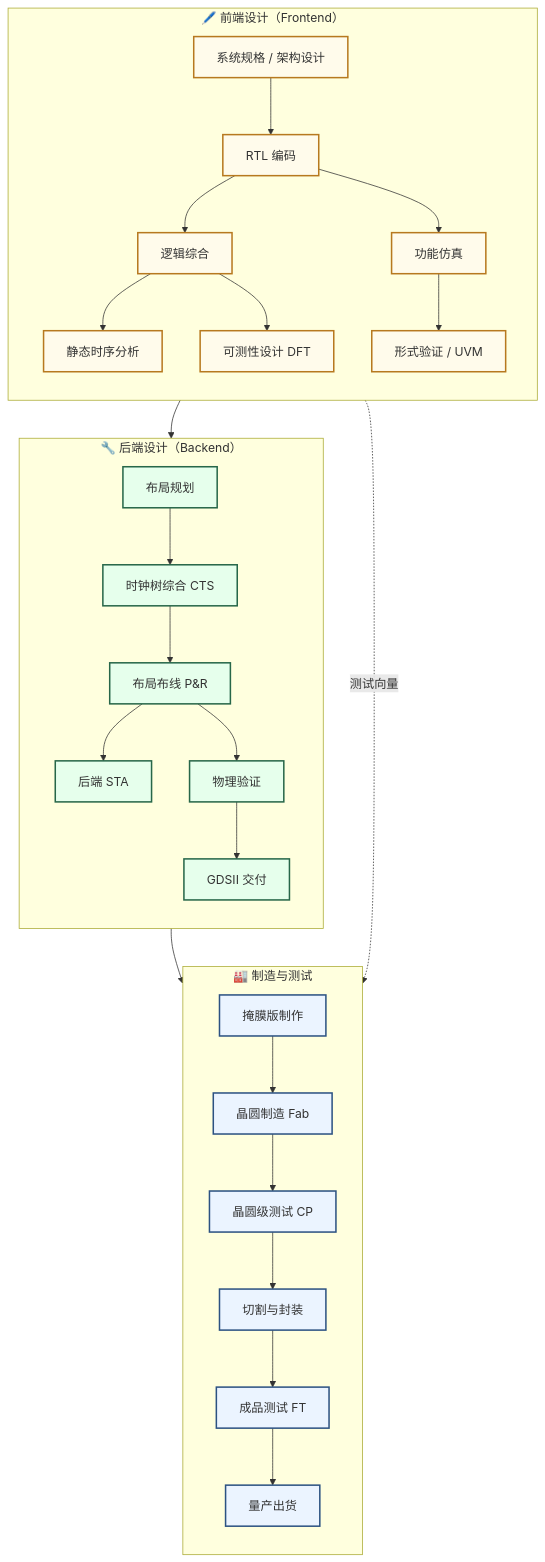
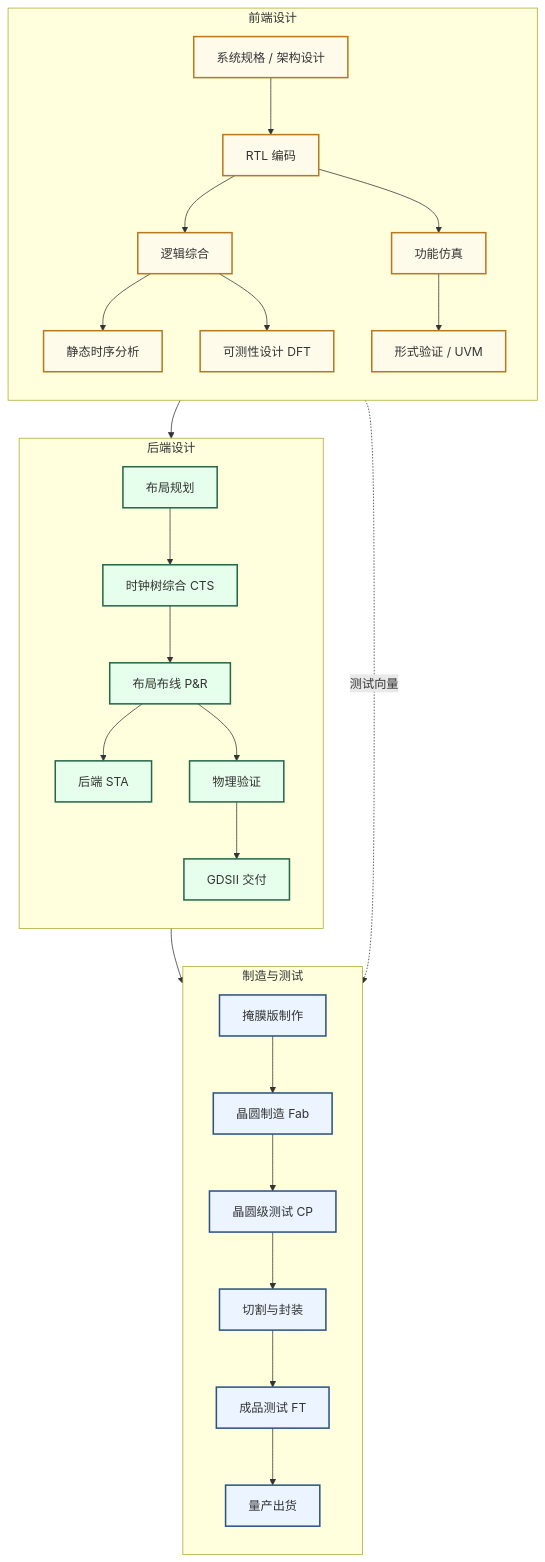
Before and after one commit to Crys-Chen/ic-guide: the second of 2 diagrams in docs/学习地图/index.md, drawn with Mermaid. The commit also changed other lines of this file and 1 other file, not shown here.

````diff
--- a/docs/学习地图/index.md
+++ b/docs/学习地图/index.md
@@ -254,41 +55,41 @@
 ```mermaid
 graph TD
-    subgraph FE["🖊️ 前端设计（Frontend）"]
+    subgraph FE["前端设计"]
         direction TB
         SPEC["系统规格 / 架构设计"] --> RTL["RTL 编码"]
         RTL --> SIM["功能仿真"]
         RTL --> SYN["逻辑综合"]
         SYN --> STA1["静态时序分析"]
         SYN --> DFT["可测性设计 DFT"]
         SIM --> UVM["形式验证 / UVM"]
     end
-    
-    subgraph BE["🔧 后端设计（Backend）"]
+
+    subgraph BE["后端设计"]
         direction TB
         FP["布局规划"] --> CTS["时钟树综合 CTS"]
         CTS --> PR["布局布线 P&R"]
         PR --> STA2["后端 STA"]
         PR --> PV["物理验证"]
         PV --> GDS["GDSII 交付"]
     end
-    
-    subgraph FAB["🏭 制造与测试"]
+
+    subgraph FAB["制造与测试"]
         direction TB
         MASK["掩膜版制作"] --> WAFER["晶圆制造 Fab"]
         WAFER --> CP["晶圆级测试 CP"]
         CP --> PKG["切割与封装"]
         PKG --> FT["成品测试 FT"]
         FT --> SHIP["量产出货"]
     end
-    
+
     FE --> BE
     GDS --> MASK
     DFT -.->|测试向量| FT
-    
+
     classDef fe fill:#FFFBEB,stroke:#B7791F,stroke-width:2px
     classDef be fill:#E6FFEC,stroke:#276749,stroke-width:2px
     classDef fab fill:#EBF4FF,stroke:#2C5282,stroke-width:2px
     class SPEC,RTL,SIM,SYN,STA1,DFT,UVM fe
     class FP,CTS,PR,STA2,PV,GDS be
     class MASK,WAFER,CP,PKG,FT,SHIP fab
 ```
````
